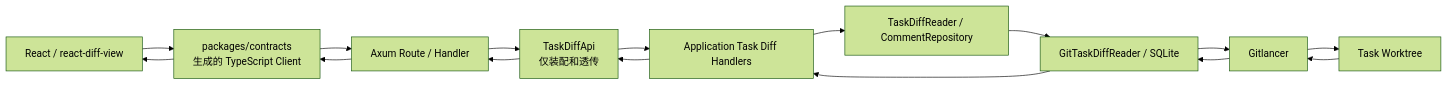
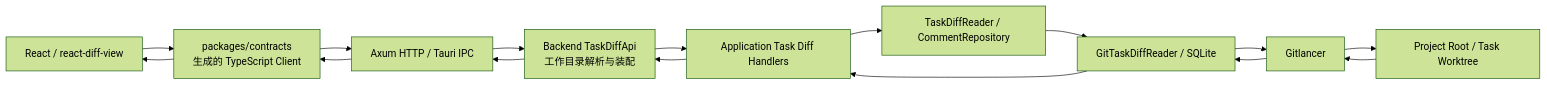
One commit to ora-space/desktop changed the diagram in docs/task-worktree-gitlancer-frontend-flow.md. Above: the diagram before and after it, drawn with Mermaid (forest theme). The commit also changed other lines of this file and 28 other files, not shown here.

Commit message:
fix(diff): capture active task workspace changes

````diff
--- a/docs/task-worktree-gitlancer-frontend-flow.md
+++ b/docs/task-worktree-gitlancer-frontend-flow.md
@@ -15,16 +16,16 @@
 ```mermaid
 flowchart LR
     UI["React / react-diff-view"]
     SDK["packages/contracts<br/>生成的 TypeScript Client"]
-    HTTP["Axum Route / Handler"]
-    WEB["TaskDiffApi<br/>仅装配和透传"]
+    TRANSPORT["Axum HTTP / Tauri IPC"]
+    BACKEND["Backend TaskDiffApi<br/>工作目录解析与装配"]
     APP["Application Task Diff Handlers"]
     PORT["TaskDiffReader / CommentRepository"]
     ADAPTER["GitTaskDiffReader / SQLite"]
     GIT["Gitlancer"]
-    WT["Task Worktree"]
+    WORKSPACE["Project Root / Task Worktree"]
 
-    UI --> SDK --> HTTP --> WEB --> APP --> PORT
-    PORT --> ADAPTER --> GIT --> WT
-    WT --> GIT --> ADAPTER --> APP --> WEB --> HTTP --> SDK --> UI
+    UI --> SDK --> TRANSPORT --> BACKEND --> APP --> PORT
+    PORT --> ADAPTER --> GIT --> WORKSPACE
+    WORKSPACE --> GIT --> ADAPTER --> APP --> BACKEND --> TRANSPORT --> SDK --> UI
 ```
````
